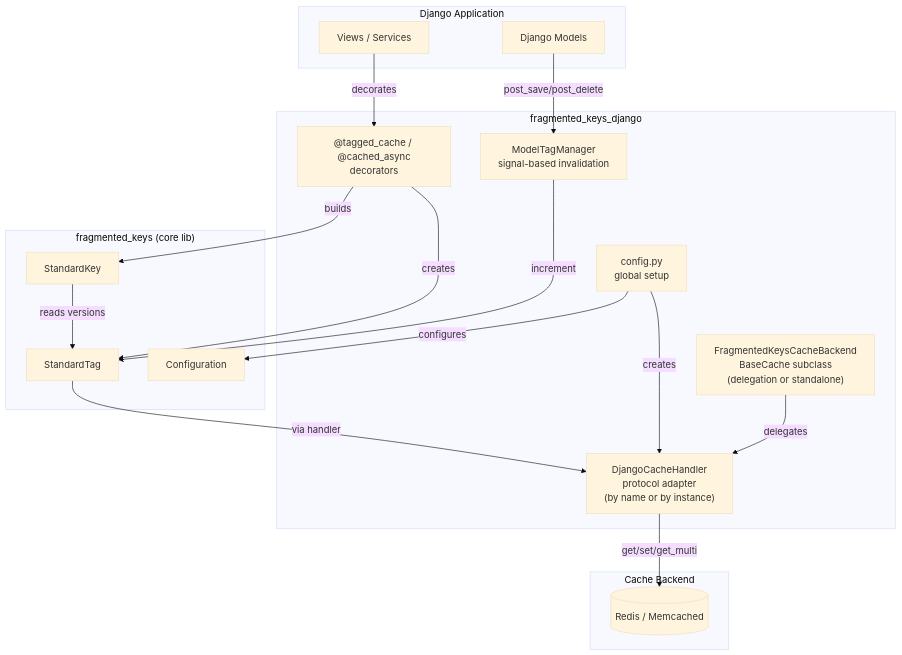
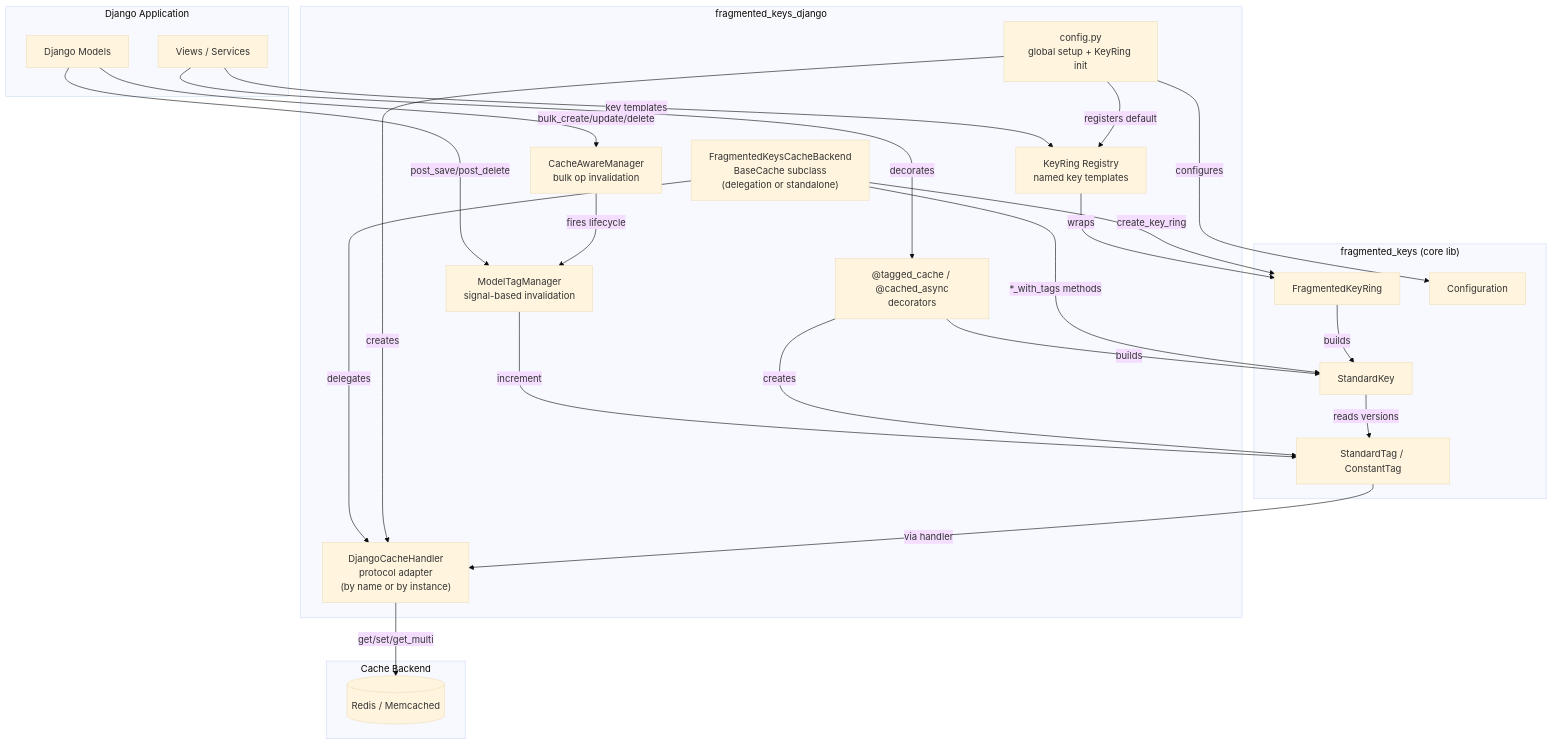
Before and after one commit to noizu-labs-scaffolding/fragmented_keys_django: the diagram in docs/PROJ-ARCH.md, drawn with Mermaid (base theme). The commit also changed other lines of this file and 19 other files, not shown here.

````diff
--- a/docs/PROJ-ARCH.md
+++ b/docs/PROJ-ARCH.md
@@ -9,37 +9,48 @@
 ```mermaid
 graph TB
     subgraph "Django Application"
         V[Views / Services]
         M[Django Models]
     end
 
     subgraph "fragmented_keys_django"
         DEC["@tagged_cache / @cached_async<br/>decorators"]
         MTM["ModelTagManager<br/>signal-based invalidation"]
+        BULK["CacheAwareManager<br/>bulk op invalidation"]
+        KR["KeyRing Registry<br/>named key templates"]
         FB["FragmentedKeysCacheBackend<br/>BaseCache subclass<br/>(delegation or standalone)"]
         DCH["DjangoCacheHandler<br/>protocol adapter<br/>(by name or by instance)"]
-        CFG["config.py<br/>global setup"]
+        CFG["config.py<br/>global setup + KeyRing init"]
     end
 
     subgraph "fragmented_keys (core lib)"
-        ST[StandardTag]
+        ST[StandardTag / ConstantTag]
         SK[StandardKey]
+        FKR[FragmentedKeyRing]
         CONF[Configuration]
     end
 
     subgraph "Cache Backend"
         REDIS[(Redis / Memcached)]
     end
 
     V -->|decorates| DEC
+    V -->|key templates| KR
     M -->|post_save/post_delete| MTM
+    M -->|bulk_create/update/delete| BULK
+    BULK -->|fires lifecycle| MTM
     MTM -->|increment| ST
     DEC -->|builds| SK
     DEC -->|creates| ST
+    KR -->|wraps| FKR
+    FKR -->|builds| SK
     SK -->|reads versions| ST
     FB -->|delegates| DCH
+    FB -->|*_with_tags methods| SK
+    FB -->|create_key_ring| FKR
     CFG -->|configures| CONF
     CFG -->|creates| DCH
+    CFG -->|registers default| KR
     DCH -->|get/set/get_multi| REDIS
     ST -->|via handler| DCH
 ```
````
